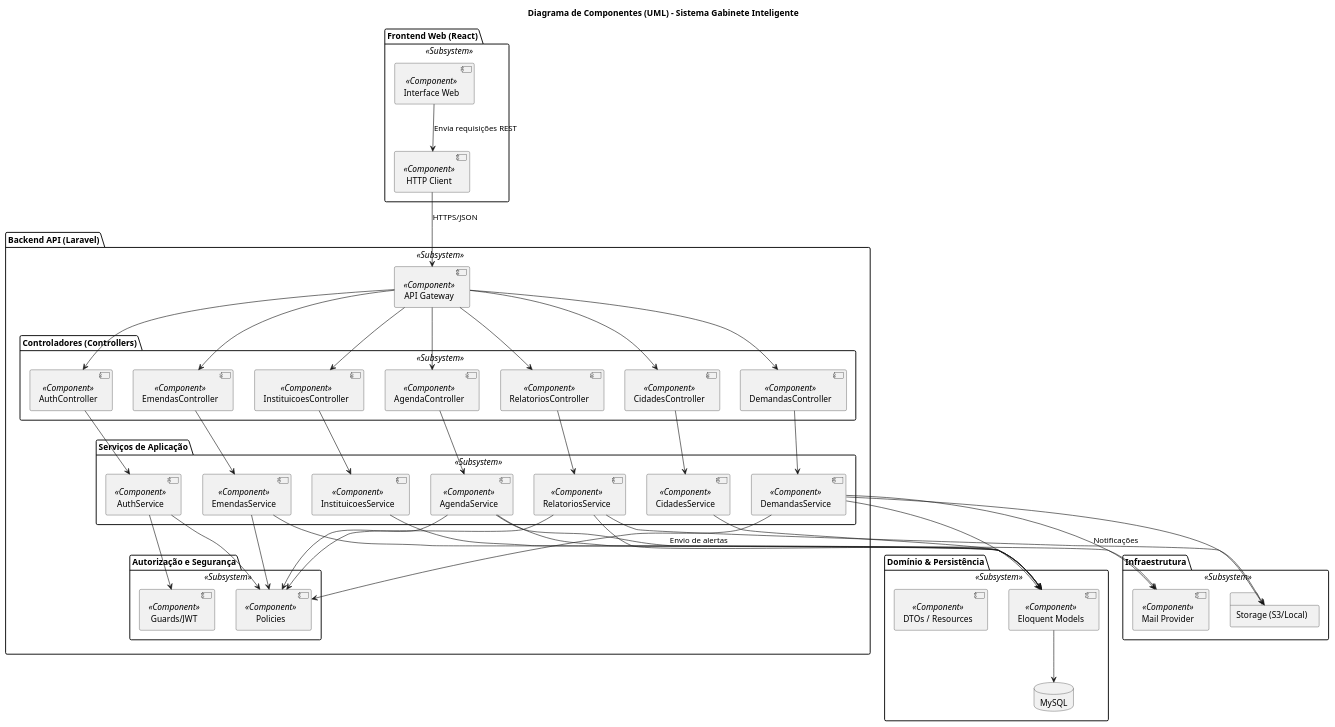
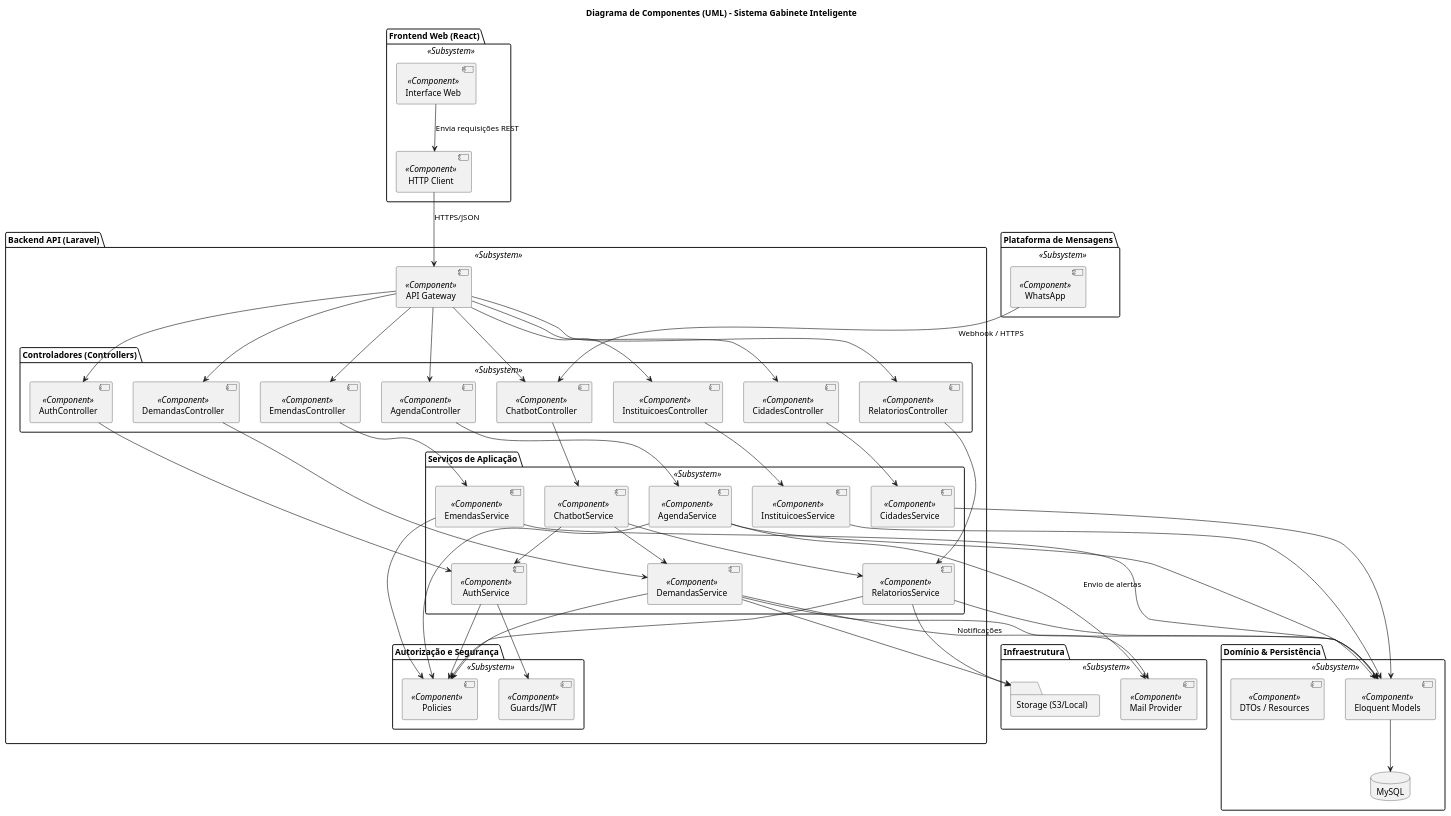
Before and after one commit to ICEI-PUC-Minas-PPLES-TI/plf-es-2025-2-tcci-0393100-dev-bernardo-biondini: the diagram in Artefatos/Componentes e Implantacao/componentes.puml, drawn with PlantUML. The commit also changed 51 other files, not shown here.

First line of the commit message:
feat: Add chatbot functionality and related diagrams

```diff
--- a/Artefatos/Componentes e Implantacao/componentes.puml
+++ b/Artefatos/Componentes e Implantacao/componentes.puml
@@ -1,105 +1,119 @@
 @startuml
 title Diagrama de Componentes (UML) – Sistema Gabinete Inteligente
 
 skinparam componentStyle uml2
 skinparam shadowing false
 
 ' ================= Subsistema Frontend =======================
 package "Frontend Web (React)" <<Subsystem>> {
   [Interface Web] <<Component>>
   [HTTP Client] <<Component>>
 }
 
 [Interface Web] --> [HTTP Client] : Envia requisições REST
 
 ' ================= Backend - API REST =========================
 package "Backend API (Laravel)" <<Subsystem>> {
 
   [API Gateway] <<Component>>
 
   package "Controladores (Controllers)" <<Subsystem>> {
     [AuthController] <<Component>>
     [DemandasController] <<Component>>
     [EmendasController] <<Component>>
     [CidadesController] <<Component>>
     [InstituicoesController] <<Component>>
     [AgendaController] <<Component>>
     [RelatoriosController] <<Component>>
+    [ChatbotController] <<Component>>
   }
 
   package "Serviços de Aplicação" <<Subsystem>> {
     [AuthService] <<Component>>
     [DemandasService] <<Component>>
     [EmendasService] <<Component>>
     [CidadesService] <<Component>>
     [InstituicoesService] <<Component>>
     [AgendaService] <<Component>>
     [RelatoriosService] <<Component>>
+    [ChatbotService] <<Component>>
   }
 
   package "Autorização e Segurança" <<Subsystem>> {
     [Policies] <<Component>>
     [Guards/JWT] <<Component>>
   }
 }
 
 ' ================= Backend - Domínio & Persistência ===========
 package "Domínio & Persistência" <<Subsystem>> {
   [Eloquent Models] <<Component>>
   [DTOs / Resources] <<Component>>
   database "MySQL" as DB
 }
 
 ' ================= Infraestrutura =============================
 package "Infraestrutura" <<Subsystem>> {
   folder "Storage (S3/Local)" as Store
   [Mail Provider] <<Component>>
 }
 
+' ================= Plataforma de Mensagens ===================
+package "Plataforma de Mensagens" <<Subsystem>> {
+  [WhatsApp] <<Component>>
+}
+
 ' ================== Conexões FRONT -> BACK ====================
 [HTTP Client] --> [API Gateway] : HTTPS/JSON
+[WhatsApp] --> [ChatbotController] : Webhook / HTTPS
 
 ' ================== Controladores =============================
 [API Gateway] --> [AuthController]
 [API Gateway] --> [DemandasController]
 [API Gateway] --> [EmendasController]
 [API Gateway] --> [CidadesController]
 [API Gateway] --> [InstituicoesController]
 [API Gateway] --> [AgendaController]
 [API Gateway] --> [RelatoriosController]
+[API Gateway] --> [ChatbotController]
 
 ' ================== Services =================================
 [AuthController] --> [AuthService]
 [DemandasController] --> [DemandasService]
 [EmendasController] --> [EmendasService]
 [CidadesController] --> [CidadesService]
 [InstituicoesController] --> [InstituicoesService]
 [AgendaController] --> [AgendaService]
 [RelatoriosController] --> [RelatoriosService]
+[ChatbotController] --> [ChatbotService]
+
+[ChatbotService] --> [DemandasService]
+[ChatbotService] --> [RelatoriosService]
+[ChatbotService] --> [AuthService]
 
 ' ================== Segurança ================================
 [AuthService] --> [Guards/JWT]
 [AuthService] --> [Policies]
 
 [DemandasService] --> [Policies]
 [EmendasService] --> [Policies]
 [AgendaService] --> [Policies]
 [RelatoriosService] --> [Policies]
 
 ' ================== Persistência ==============================
 [DemandasService] --> [Eloquent Models]
 [EmendasService] --> [Eloquent Models]
 [CidadesService] --> [Eloquent Models]
 [InstituicoesService] --> [Eloquent Models]
 [AgendaService] --> [Eloquent Models]
 [RelatoriosService] --> [Eloquent Models]
 
 [Eloquent Models] --> DB
 [RelatoriosService] --> Store
 [DemandasService] --> Store
 
 ' ================== Notificações =============================
 [AgendaService] --> [Mail Provider] : Envio de alertas
 [DemandasService] --> [Mail Provider] : Notificações
 
 @enduml
```
